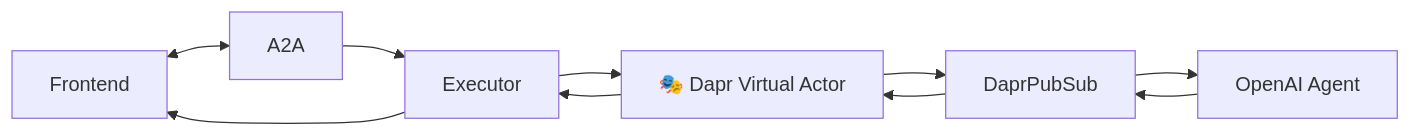
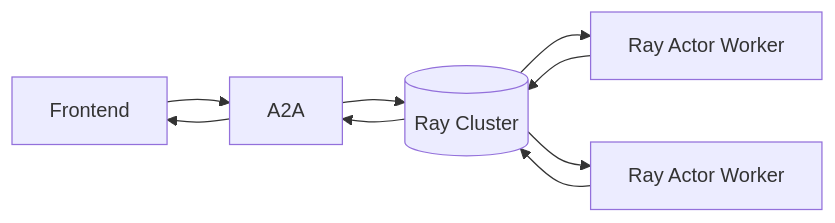
The fourth of 5 diagrams in readme.md (mjunaidca/infinite-agent-streams), drawn with Mermaid before and after one commit. The commit also changed other lines of this file, not shown here.

Commit message:
add ray for parallel compute for the heavy lifting inside some agents.

````diff
--- a/readme.md
+++ b/readme.md
@@ -58,9 +103,10 @@
 ```mermaid
 flowchart LR
-  FE[Frontend] <--> A2A
-  A2A --> Executor
-  Executor --> DaprActor[🎭 Dapr Virtual Actor]
-  DaprActor --> DaprPubSub
-  DaprPubSub --> OpenAI[OpenAI Agent]
-  OpenAI --> DaprPubSub --> DaprActor --> Executor --> FE
+  FE[Frontend] --> A2A
+  A2A --> RayCluster[(Ray Cluster)]
+  RayCluster --> RayActor1[Ray Actor Worker]
+  RayCluster --> RayActor2[Ray Actor Worker]
+  RayActor1 --> RayCluster
+  RayActor2 --> RayCluster
+  RayCluster --> A2A --> FE
 ```
````
